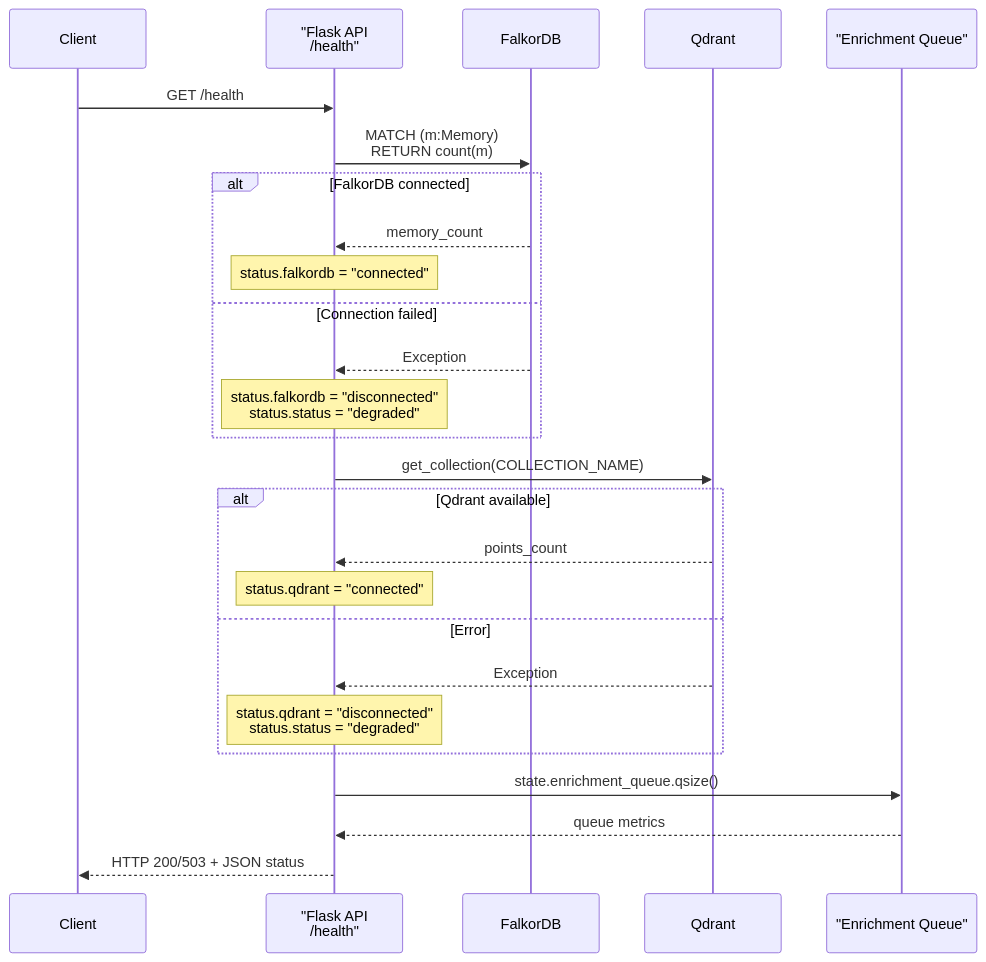
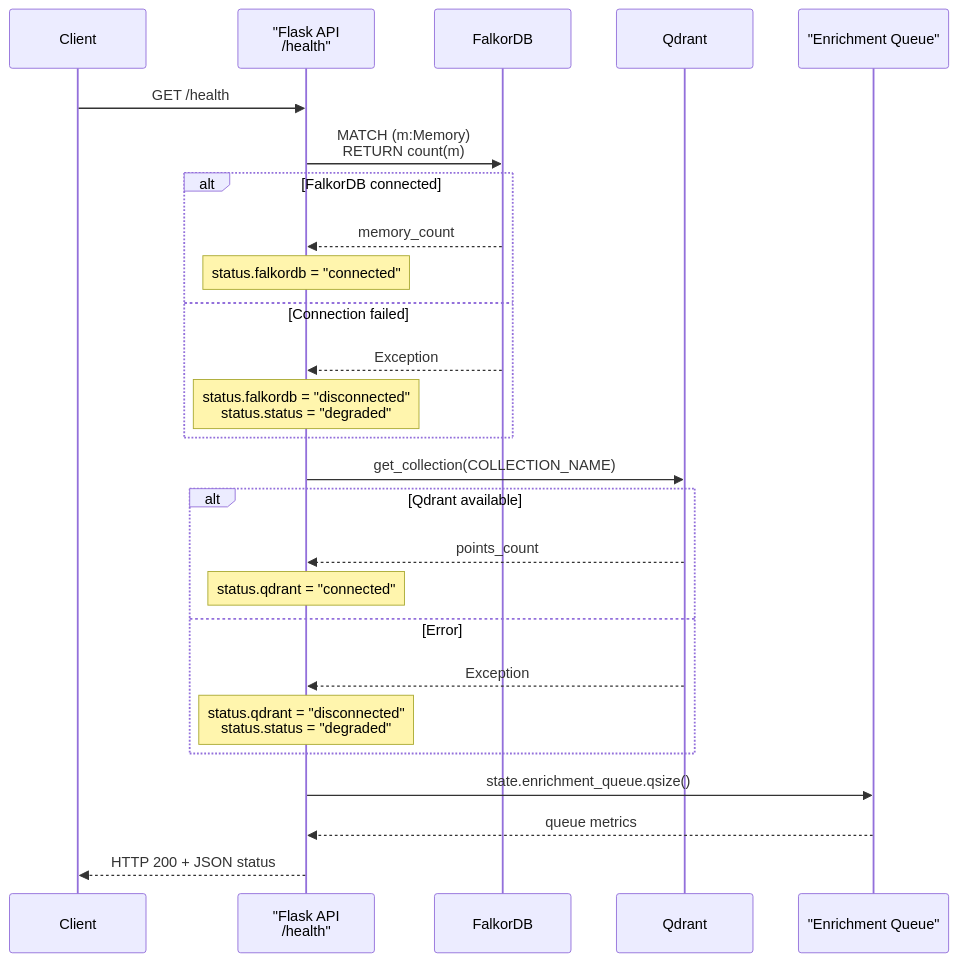
The first of 4 diagrams in src/content/docs/docs/reference/api/health.md (verygoodplugins/automem-website), drawn with Mermaid before and after one commit. The commit also changed other lines of this file, not shown here.

````diff
--- a/src/content/docs/docs/reference/api/health.md
+++ b/src/content/docs/docs/reference/api/health.md
@@ -41,33 +41,33 @@
 ```mermaid
 sequenceDiagram
     participant Client
     participant Flask as "Flask API<br/>/health"
     participant FalkorDB
     participant Qdrant
     participant EnrichmentQ as "Enrichment Queue"
 
     Client->>Flask: GET /health
 
     Flask->>FalkorDB: MATCH (m:Memory)<br/>RETURN count(m)
     alt FalkorDB connected
         FalkorDB-->>Flask: memory_count
         Note over Flask: status.falkordb = "connected"
     else Connection failed
         FalkorDB-->>Flask: Exception
         Note over Flask: status.falkordb = "disconnected"<br/>status.status = "degraded"
     end
 
     Flask->>Qdrant: get_collection(COLLECTION_NAME)
     alt Qdrant available
         Qdrant-->>Flask: points_count
         Note over Flask: status.qdrant = "connected"
     else Error
         Qdrant-->>Flask: Exception
         Note over Flask: status.qdrant = "disconnected"<br/>status.status = "degraded"
     end
 
     Flask->>EnrichmentQ: state.enrichment_queue.qsize()
     EnrichmentQ-->>Flask: queue metrics
 
-    Flask-->>Client: HTTP 200/503 + JSON status
+    Flask-->>Client: HTTP 200 + JSON status
 ```
````
